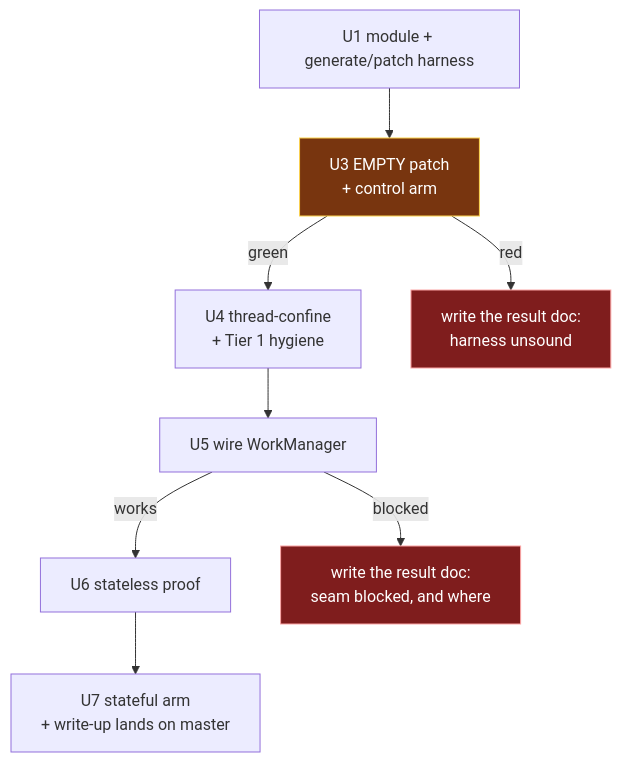
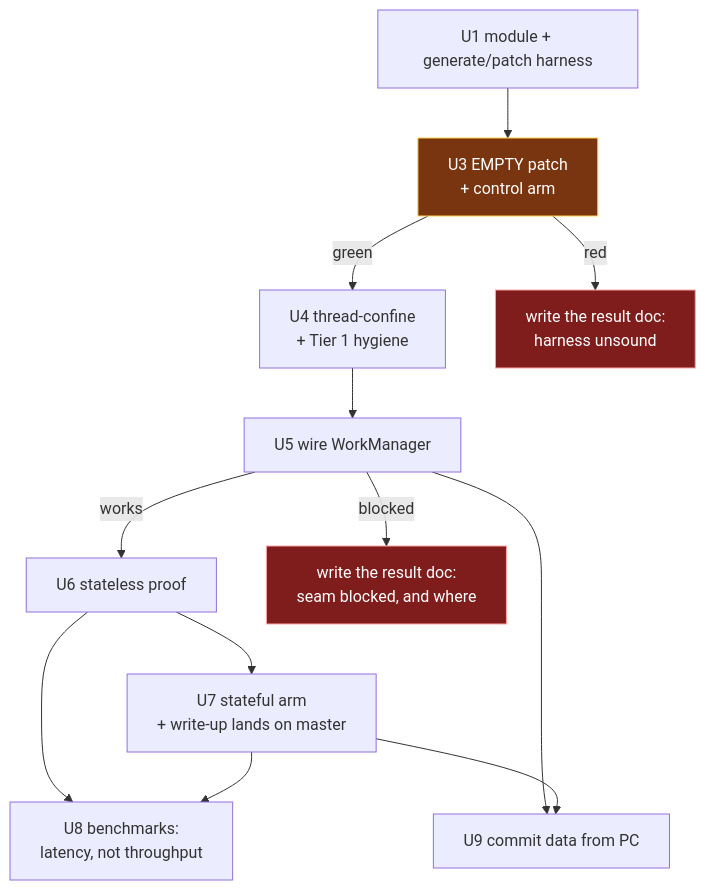
One commit to astubbs/parallel-consumer changed the second of 2 diagrams in docs/plans/2026-08-08-001-feat-ks-on-pc-spike-plan.md. Above: the diagram before and after it, drawn with Mermaid. The commit also changed other lines of this file and 1 other file, not shown here.

````diff
--- a/docs/plans/2026-08-08-001-feat-ks-on-pc-spike-plan.md
+++ b/docs/plans/2026-08-08-001-feat-ks-on-pc-spike-plan.md
@@ -304,14 +335,18 @@
 ```mermaid
 flowchart TD
     U1["U1 module + generate/patch harness"] --> U3["U3 EMPTY patch<br/>+ control arm"]
     U3 -->|"green"| U4["U4 thread-confine<br/>+ Tier 1 hygiene"]
     U3 -->|"red"| STOP1["write the result doc:<br/>harness unsound"]
     U4 --> U5["U5 wire WorkManager"]
     U5 -->|"works"| U6["U6 stateless proof"]
     U5 -->|"blocked"| STOP2["write the result doc:<br/>seam blocked, and where"]
     U6 --> U7["U7 stateful arm<br/>+ write-up lands on master"]
+    U6 --> U8["U8 benchmarks:<br/>latency, not throughput"]
+    U7 --> U8
+    U5 --> U9["U9 commit data from PC"]
+    U7 --> U9
 
     style STOP1 fill:#7f1d1d,stroke:#fca5a5,color:#fff
     style STOP2 fill:#7f1d1d,stroke:#fca5a5,color:#fff
     style U3 fill:#78350f,stroke:#fcd34d,color:#fff
 ```
````
